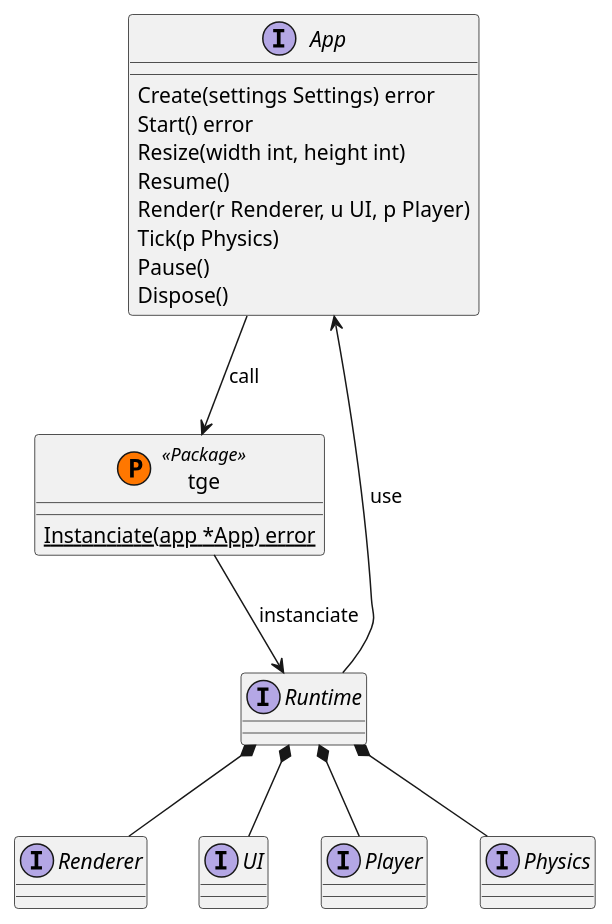
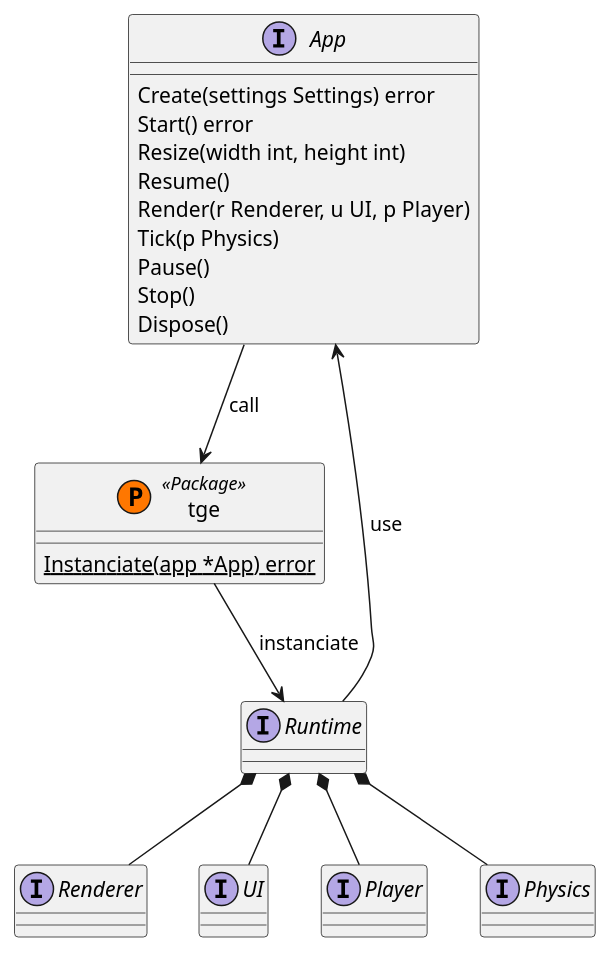
The diagram in specs/api.puml (Thommil/tge), drawn with PlantUML before and after one commit. The commit also changed 4 other files, not shown here.

```diff
--- a/specs/api.puml
+++ b/specs/api.puml
@@ -2,42 +2,43 @@
 @startuml API
 ' Components
 interface App {
     Create(settings Settings) error
     Start() error
     Resize(width int, height int)
     Resume()
     Render(r Renderer, u UI, p Player)
     Tick(p Physics)
     Pause()
+    Stop()
     Dispose()
 }
 
 class tge << (P,#FF7700) Package >> {
     {static} Instanciate(app *App) error
 }
 
 interface Runtime {
 }
 
 interface Renderer {
 }
 
 interface UI {
 }
 
 interface Player {
 }
 
 interface Physics {
 }
 
 ' Relations
 App --> tge : call
 tge --> Runtime : instanciate
 App <-- Runtime : use
 
 Runtime *-- Renderer
 Runtime *-- UI
 Runtime *-- Player
 Runtime *-- Physics
 @enduml
```
